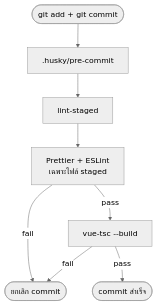
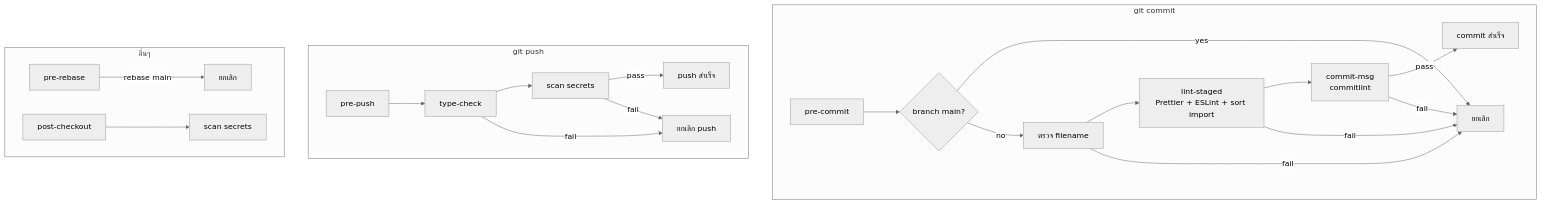
Before and after one commit to EarthDev01/template-vue3-ts: the diagram in README.md, drawn with Mermaid (neutral theme). The commit also changed other lines of this file and 14 other files, not shown here.

````diff
--- a/README.md
+++ b/README.md
@@ -41,10 +41,27 @@
 ```mermaid
 flowchart TD
-    start([git add + git commit]) --> hook[.husky/pre-commit]
-    hook --> ls[lint-staged]
-    ls --> fmt[Prettier + ESLint<br/>เฉพาะไฟล์ staged]
-    fmt -->|fail| abort([ยกเลิก commit])
-    fmt -->|pass| tsc[vue-tsc --build]
-    tsc -->|fail| abort
-    tsc -->|pass| done([commit สำเร็จ])
+    subgraph commitFlow [git commit]
+        C0[pre-commit] --> C1{branch main?}
+        C1 -->|yes| CX[ยกเลิก]
+        C1 -->|no| C2[ตรวจ filename]
+        C2 --> C3[lint-staged<br/>Prettier + ESLint + sort import]
+        C3 --> CM[commit-msg<br/>commitlint]
+        CM -->|pass| CD[commit สำเร็จ]
+        CM -->|fail| CX
+        C2 -->|fail| CX
+        C3 -->|fail| CX
+    end
+
+    subgraph pushFlow [git push]
+        P0[pre-push] --> P1[type-check]
+        P1 --> P2[scan secrets]
+        P2 -->|pass| PD[push สำเร็จ]
+        P1 -->|fail| PX[ยกเลิก push]
+        P2 -->|fail| PX
+    end
+
+    subgraph otherFlow [อื่นๆ]
+        R0[pre-rebase] -->|rebase main| RX[ยกเลิก]
+        O0[post-checkout] --> O1[scan secrets]
+    end
 ```
````
